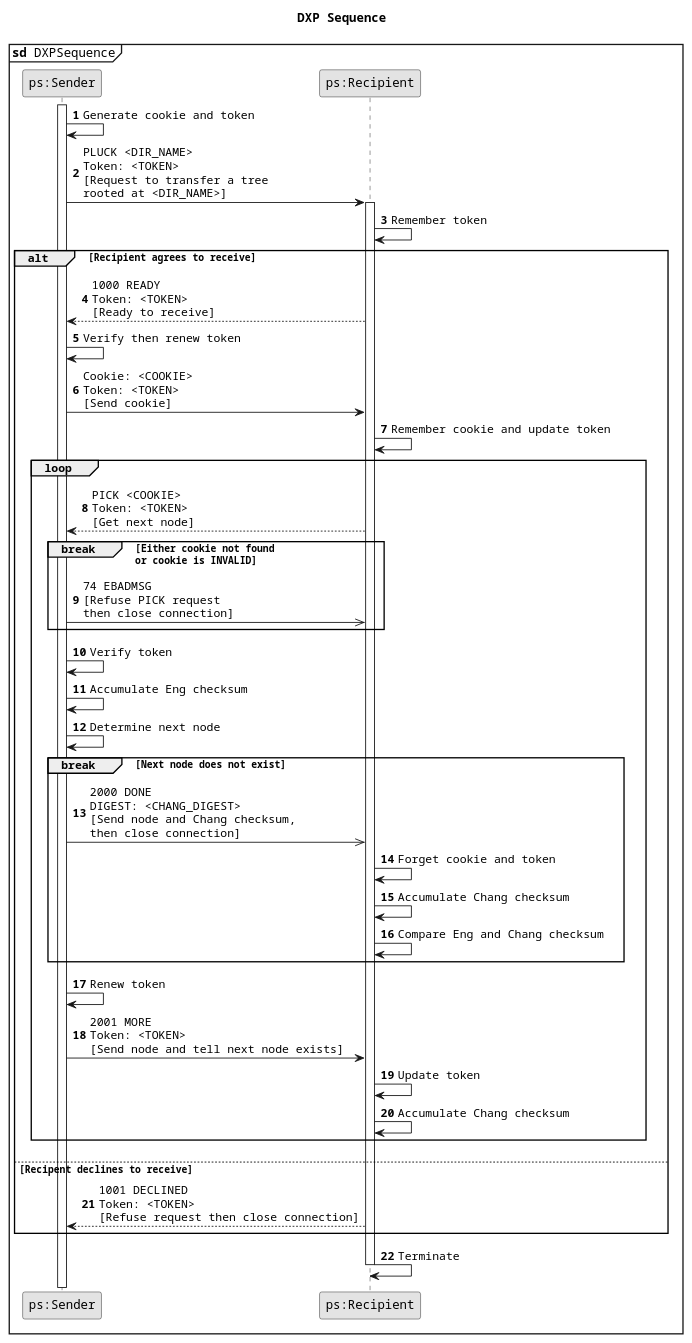
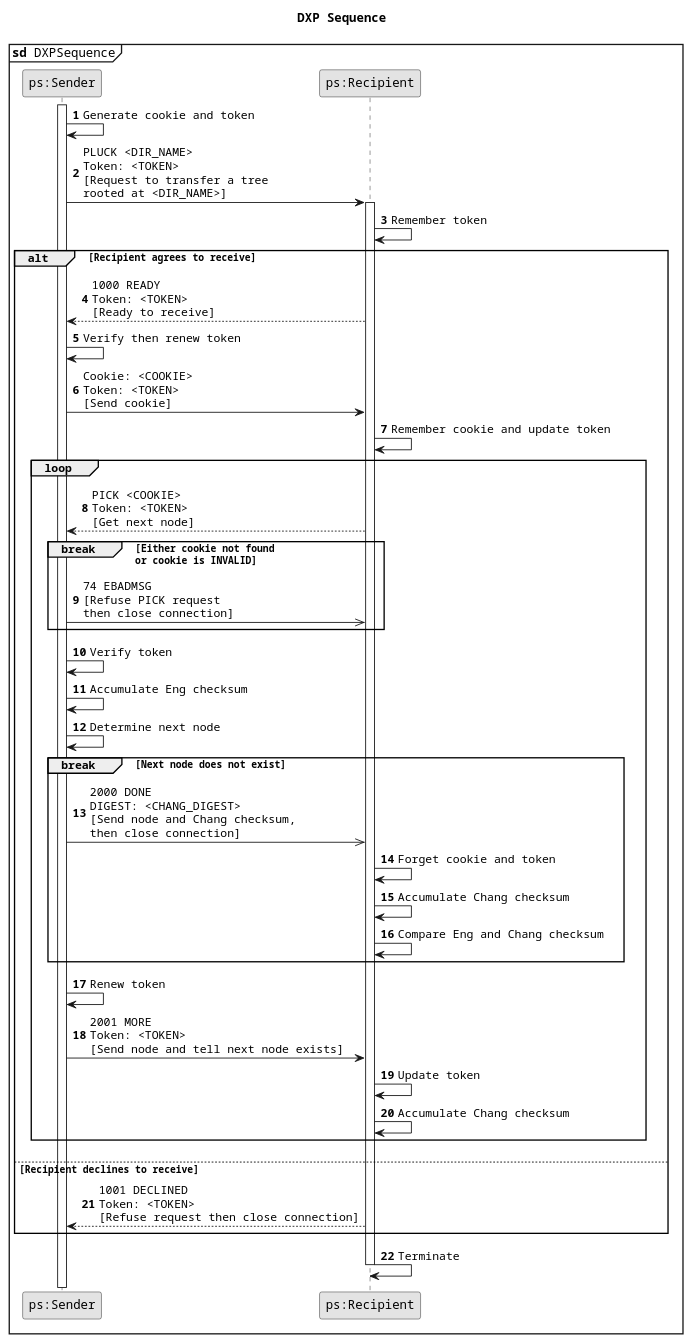
Before and after one commit to naiithink/pastree: the diagram in spec/figures/dxp-sequence.puml, drawn with PlantUML. The commit also changed 6 other files, not shown here.

Commit message:
Fix diagram typos

```diff
--- a/spec/figures/dxp-sequence.puml
+++ b/spec/figures/dxp-sequence.puml
@@ -1,78 +1,78 @@
 @startuml
 !pragma teoz true
 skinparam monochrome true
 skinparam defaultFontName Courier
 
 title DXP Sequence
 mainframe **sd** DXPSequence
 
 participant "ps:Sender" as Sender
 participant "ps:Recipient" as Recipient
 
 autonumber
 activate Sender
 
 Sender -> Sender: Generate cookie and token
 Sender -> Recipient: PLUCK <DIR_NAME>\nToken: <TOKEN>\n[Request to transfer a tree\nrooted at <DIR_NAME>]
 
 activate Recipient
 
 Recipient -> Recipient: Remember token
 
 ' alt 1
 alt Recipient agrees to receive
 
 Recipient --> Sender: 1000 READY\nToken: <TOKEN>\n[Ready to receive]
 Sender -> Sender: Verify then renew token
 Sender -> Recipient: Cookie: <COOKIE>\nToken: <TOKEN>\n[Send cookie]
 Recipient -> Recipient: Remember cookie and update token
 
 ' loop 1
 loop
 
 Recipient --> Sender: PICK <COOKIE>\nToken: <TOKEN>\n[Get next node]
 
 ' break 1
 break Either cookie not found\nor cookie is INVALID
 
 Sender ->> Recipient: 74 EBADMSG\n[Refuse PICK request\nthen close connection]
 
 ' break 1
 end
 
 Sender -> Sender: Verify token
 Sender -> Sender: Accumulate Eng checksum
 Sender -> Sender: Determine next node
 
 ' break 2
 break Next node does not exist
 
 Sender ->> Recipient: 2000 DONE\nDIGEST: <CHANG_DIGEST>\n[Send node and Chang checksum,\nthen close connection]
 Recipient -> Recipient: Forget cookie and token
 Recipient -> Recipient: Accumulate Chang checksum
 Recipient -> Recipient: Compare Eng and Chang checksum
 
 ' break 2
 end
 
 Sender -> Sender: Renew token
 Sender -> Recipient: 2001 MORE\nToken: <TOKEN>\n[Send node and tell next node exists]
 Recipient -> Recipient: Update token
 Recipient -> Recipient: Accumulate Chang checksum
 
 ' loop 1
 end
 
 ' alt 1
-else Recipent declines to receive
+else Recipient declines to receive
 
 Recipient --> Sender: 1001 DECLINED\nToken: <TOKEN>\n[Refuse request then close connection]
 
 'alt 1
 end
 
 Recipient -> Recipient: Terminate
 
 deactivate Recipient
 deactivate Sender
 @enduml
```
